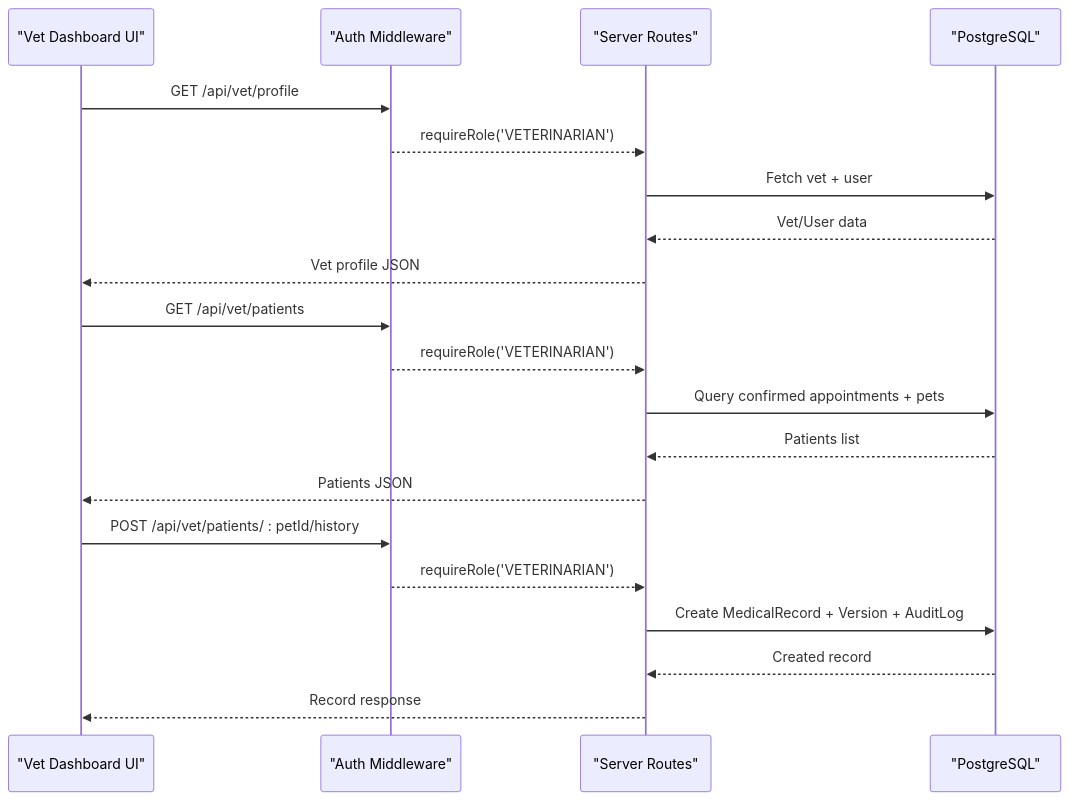
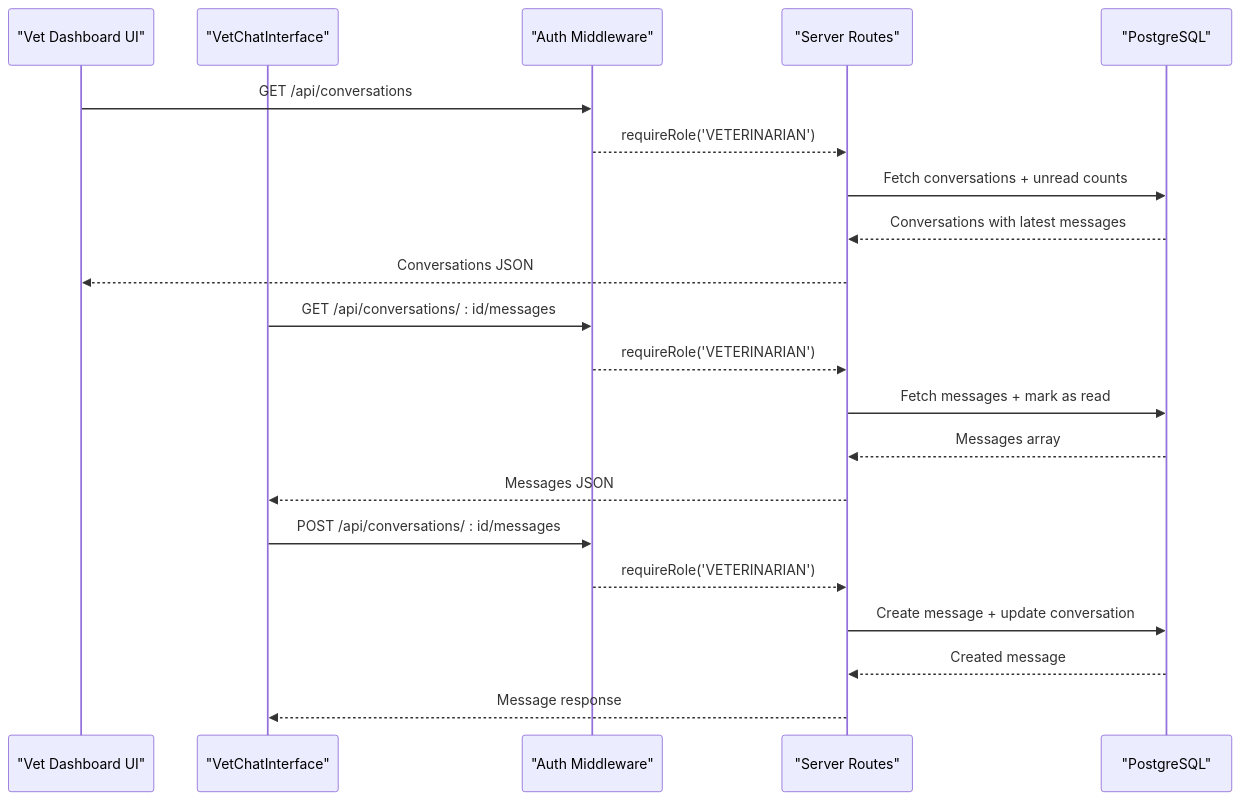
The second of 10 diagrams in .qoder/repowiki/en/content/User Dashboards/Veterinarian Dashboard.md (Javeria-Javaid/ai-powered-pet-healthcare-ecosystem), drawn with Mermaid before and after one commit. The commit also changed other lines of this file and 37 other files, not shown here.

````diff
--- a/.qoder/repowiki/en/content/User Dashboards/Veterinarian Dashboard.md
+++ b/.qoder/repowiki/en/content/User Dashboards/Veterinarian Dashboard.md
@@ -107,22 +135,23 @@
 ```mermaid
 sequenceDiagram
 participant UI as "Vet Dashboard UI"
+participant ChatUI as "VetChatInterface"
 participant AP as "Auth Middleware"
 participant API as "Server Routes"
 participant DB as "PostgreSQL"
-UI->>AP : GET /api/vet/profile
+UI->>AP : GET /api/conversations
 AP-->>API : requireRole('VETERINARIAN')
-API->>DB : Fetch vet + user
-DB-->>API : Vet/User data
-API-->>UI : Vet profile JSON
-UI->>AP : GET /api/vet/patients
+API->>DB : Fetch conversations + unread counts
+DB-->>API : Conversations with latest messages
+API-->>UI : Conversations JSON
+ChatUI->>AP : GET /api/conversations/ : id/messages
 AP-->>API : requireRole('VETERINARIAN')
-API->>DB : Query confirmed appointments + pets
-DB-->>API : Patients list
-API-->>UI : Patients JSON
-UI->>AP : POST /api/vet/patients/ : petId/history
+API->>DB : Fetch messages + mark as read
+DB-->>API : Messages array
+API-->>ChatUI : Messages JSON
+ChatUI->>AP : POST /api/conversations/ : id/messages
 AP-->>API : requireRole('VETERINARIAN')
-API->>DB : Create MedicalRecord + Version + AuditLog
-DB-->>API : Created record
-API-->>UI : Record response
+API->>DB : Create message + update conversation
+DB-->>API : Created message
+API-->>ChatUI : Message response
 ```
````
